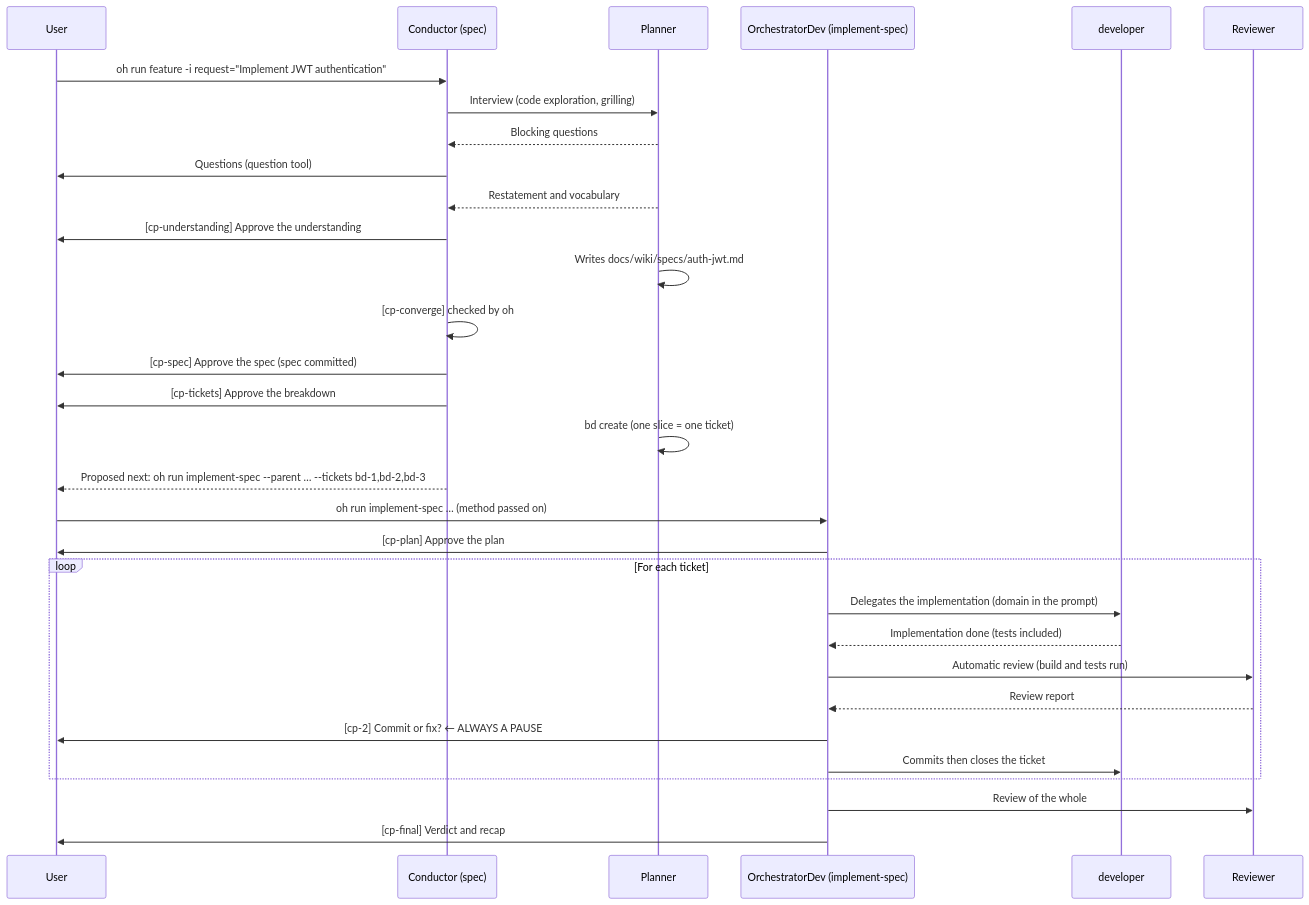
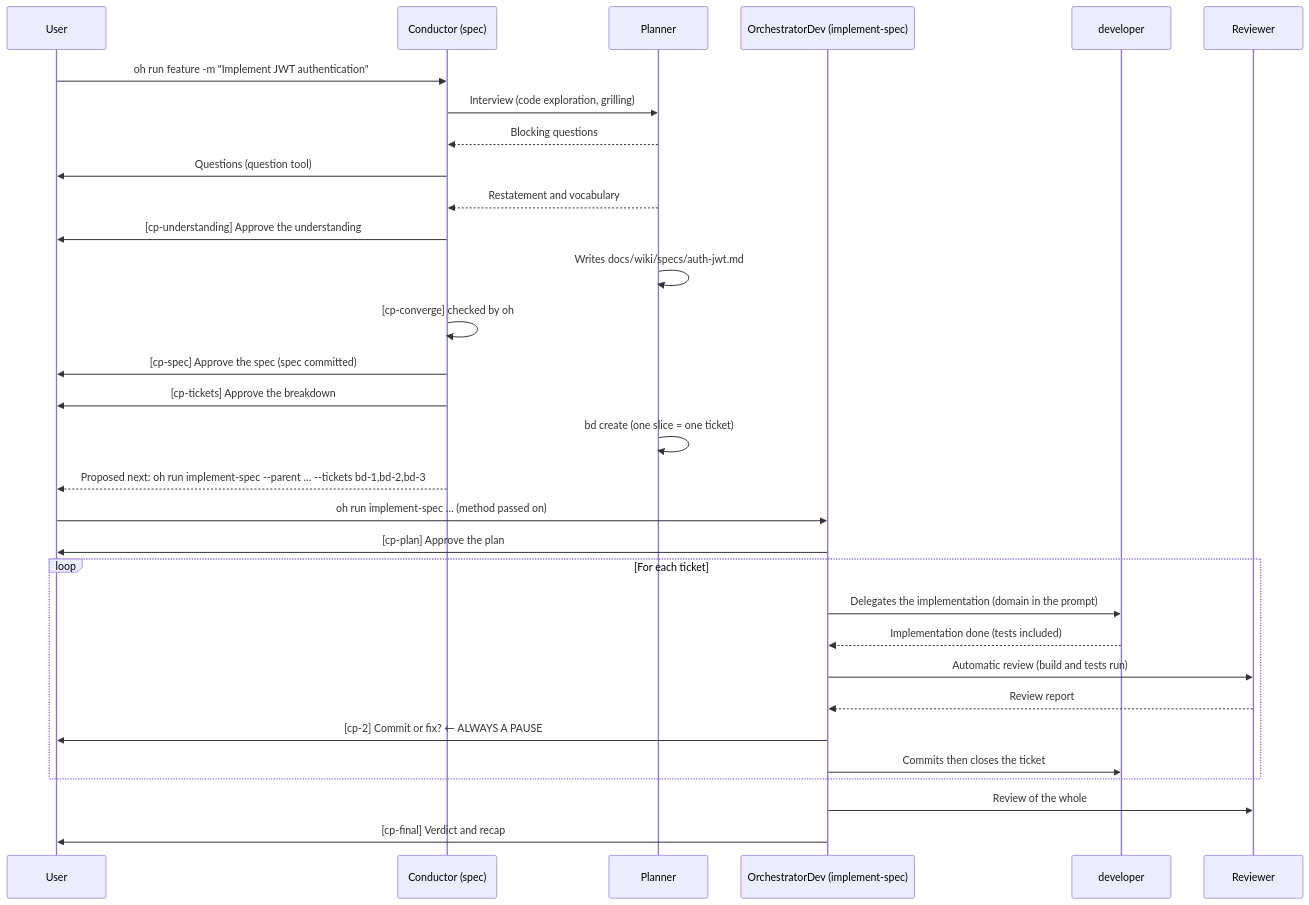
The second of 7 diagrams in docs/guides/workflows.en.md (datichb/openhub), drawn with Mermaid before and after one commit. The commit also changed other lines of this file and 25 other files, not shown here.

Commit message:
feat(run): -m as the short form of -i request=… when the workflow has a request input (modernisation p7-leftovers)

````diff
--- a/docs/guides/workflows.en.md
+++ b/docs/guides/workflows.en.md
@@ -113,35 +113,35 @@
 ```mermaid
 sequenceDiagram
     participant U as User
     participant C as Conductor (spec)
     participant PL as Planner
     participant OD as OrchestratorDev (implement-spec)
     participant DEV as developer
     participant R as Reviewer
 
-    U->>C: oh run feature -i request="Implement JWT authentication"
+    U->>C: oh run feature -m "Implement JWT authentication"
     C->>PL: Interview (code exploration, grilling)
     PL-->>C: Blocking questions
     C->>U: Questions (question tool)
     PL-->>C: Restatement and vocabulary
     C->>U: [cp-understanding] Approve the understanding
     PL->>PL: Writes docs/wiki/specs/auth-jwt.md
     C->>C: [cp-converge] checked by oh
     C->>U: [cp-spec] Approve the spec (spec committed)
     C->>U: [cp-tickets] Approve the breakdown
     PL->>PL: bd create (one slice = one ticket)
     C-->>U: Proposed next: oh run implement-spec --parent … --tickets bd-1,bd-2,bd-3
 
     U->>OD: oh run implement-spec … (method passed on)
     OD->>U: [cp-plan] Approve the plan
     loop For each ticket
         OD->>DEV: Delegates the implementation (domain in the prompt)
         DEV-->>OD: Implementation done (tests included)
         OD->>R: Automatic review (build and tests run)
         R-->>OD: Review report
         OD->>U: [cp-2] Commit or fix? ← ALWAYS A PAUSE
         OD->>DEV: Commits then closes the ticket
     end
     OD->>R: Review of the whole
     OD->>U: [cp-final] Verdict and recap
 ```
````
